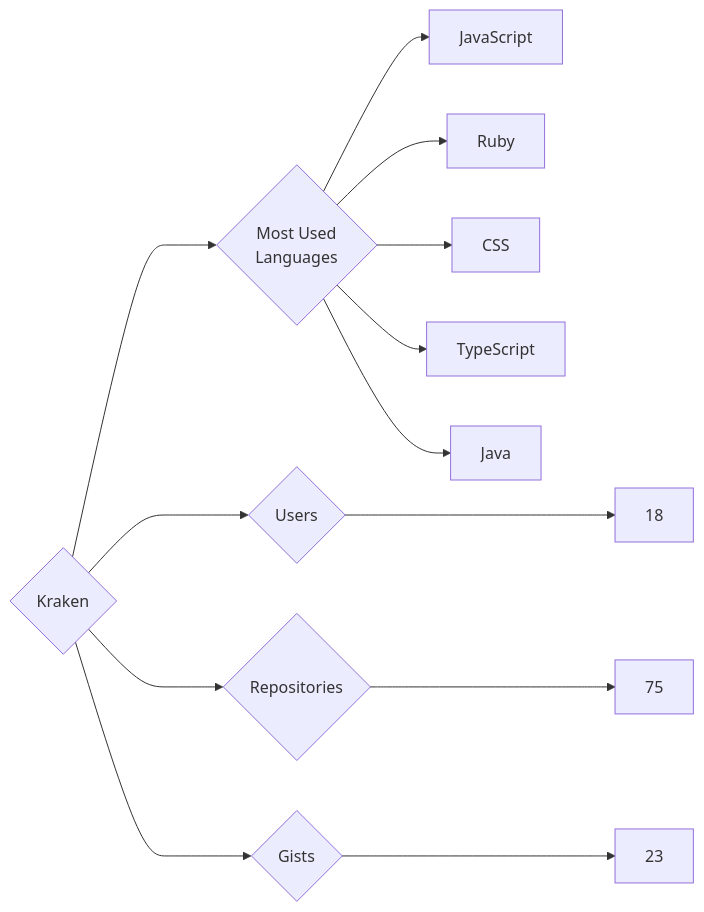
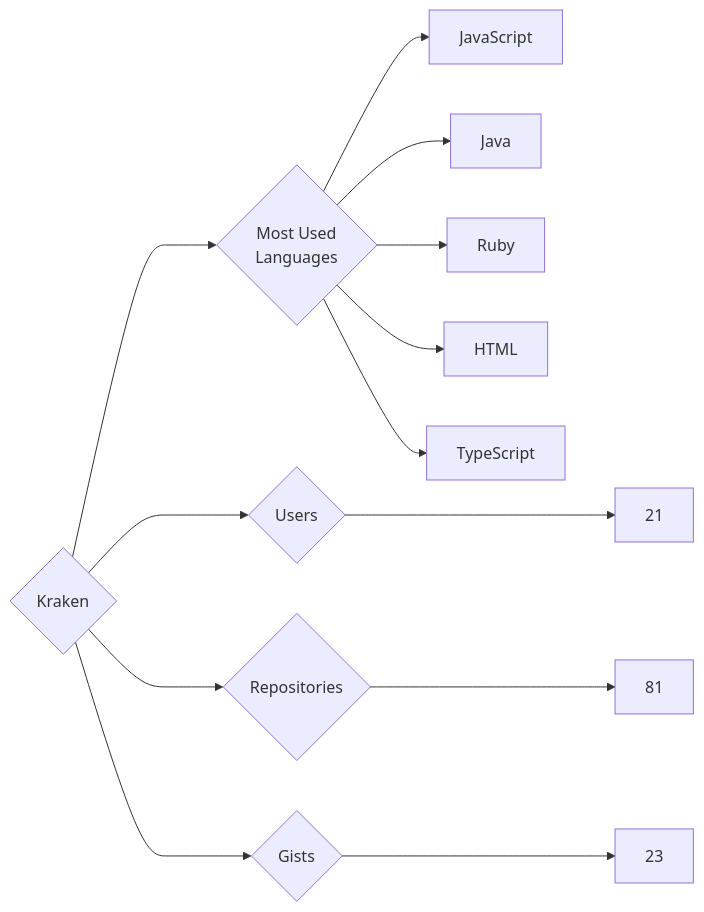
Before and after one commit to trickest/insiders: the diagram in targets/Kraken/README.md, drawn with Mermaid. The commit also changed 900 other files, not shown here.

````diff
--- a/targets/Kraken/README.md
+++ b/targets/Kraken/README.md
@@ -3,13 +3,13 @@
 ```mermaid
 graph LR
 COMPANY_NAME{Kraken}
-COMPANY_NAME ---> U{Users} ---> UN[18]
-COMPANY_NAME ---> R{Repositories} ---> RN[75]
+COMPANY_NAME ---> U{Users} ---> UN[21]
+COMPANY_NAME ---> R{Repositories} ---> RN[81]
 COMPANY_NAME ---> G{Gists} ---> GN[23]
 COMPANY_NAME ---> ML{Most Used<br>Languages}
 ML --> JavaScript[JavaScript]
+ML --> Java[Java]
 ML --> Ruby[Ruby]
-ML --> CSS[CSS]
+ML --> HTML[HTML]
 ML --> TypeScript[TypeScript]
-ML --> Java[Java]
 ```
````
